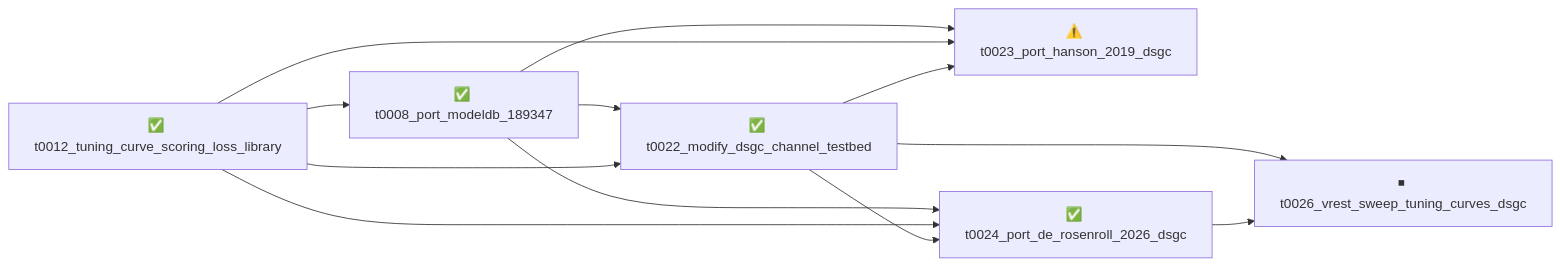
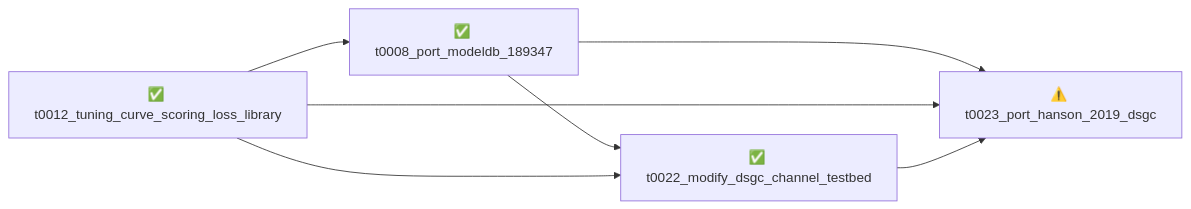
One commit to tonza17/neuron-channels changed the diagram in overview/tasks/README.md. Above: the diagram before and after it, drawn with Mermaid. The commit also changed other lines of this file and 46 other files, not shown here.

````diff
--- a/overview/tasks/README.md
+++ b/overview/tasks/README.md
@@ -13,21 +12,14 @@
 ```mermaid
 graph LR
     t0008_port_modeldb_189347["✅ t0008_port_modeldb_189347"]
     t0012_tuning_curve_scoring_loss_library["✅ t0012_tuning_curve_scoring_loss_library"]
     t0022_modify_dsgc_channel_testbed["✅ t0022_modify_dsgc_channel_testbed"]
     t0023_port_hanson_2019_dsgc["⚠️ t0023_port_hanson_2019_dsgc"]
-    t0024_port_de_rosenroll_2026_dsgc["✅ t0024_port_de_rosenroll_2026_dsgc"]
-    t0026_vrest_sweep_tuning_curves_dsgc["⏹ t0026_vrest_sweep_tuning_curves_dsgc"]
 
     t0012_tuning_curve_scoring_loss_library --> t0008_port_modeldb_189347
     t0008_port_modeldb_189347 --> t0022_modify_dsgc_channel_testbed
     t0012_tuning_curve_scoring_loss_library --> t0022_modify_dsgc_channel_testbed
     t0008_port_modeldb_189347 --> t0023_port_hanson_2019_dsgc
     t0012_tuning_curve_scoring_loss_library --> t0023_port_hanson_2019_dsgc
     t0022_modify_dsgc_channel_testbed --> t0023_port_hanson_2019_dsgc
-    t0008_port_modeldb_189347 --> t0024_port_de_rosenroll_2026_dsgc
-    t0012_tuning_curve_scoring_loss_library --> t0024_port_de_rosenroll_2026_dsgc
-    t0022_modify_dsgc_channel_testbed --> t0024_port_de_rosenroll_2026_dsgc
-    t0022_modify_dsgc_channel_testbed --> t0026_vrest_sweep_tuning_curves_dsgc
-    t0024_port_de_rosenroll_2026_dsgc --> t0026_vrest_sweep_tuning_curves_dsgc
 ```
````
